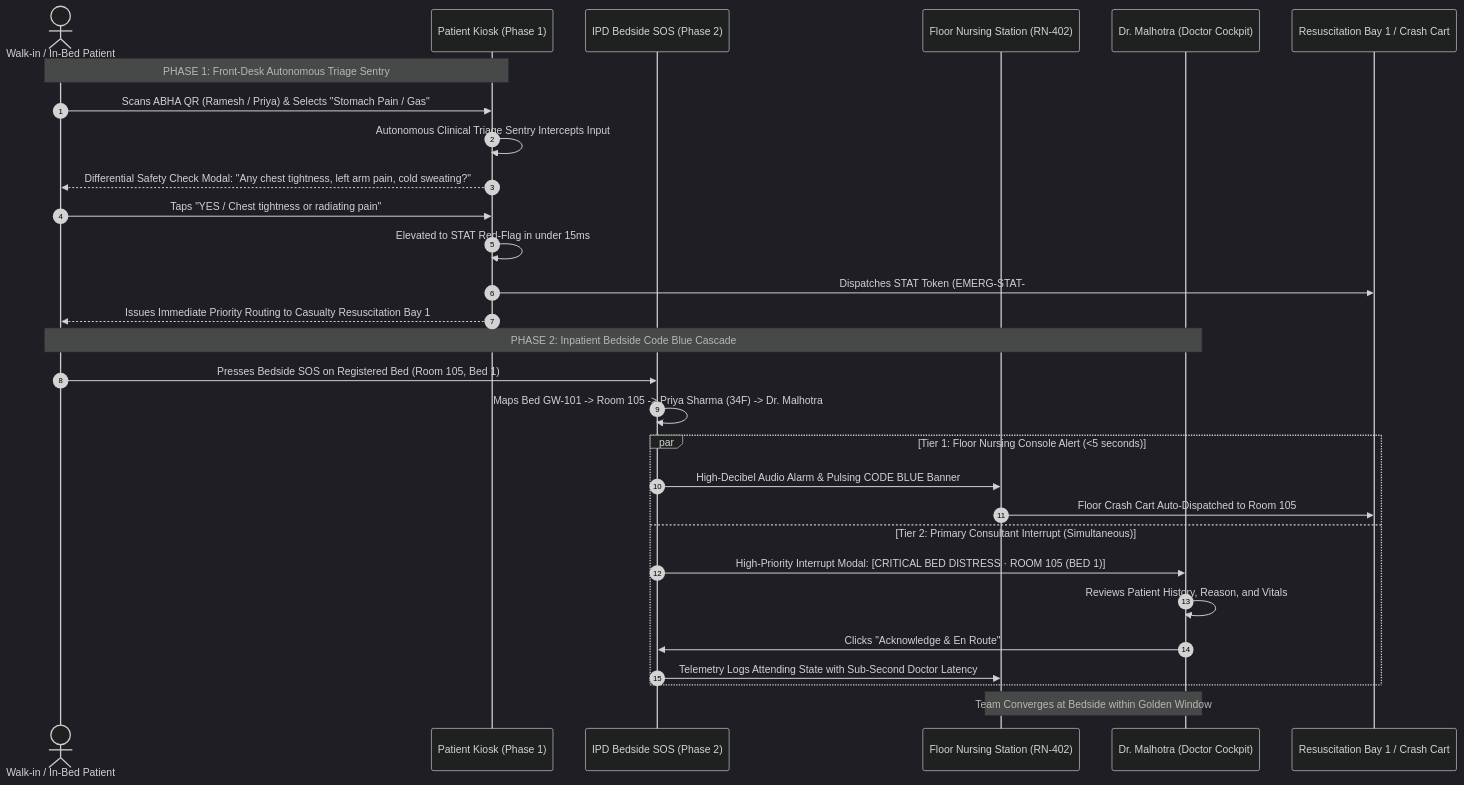
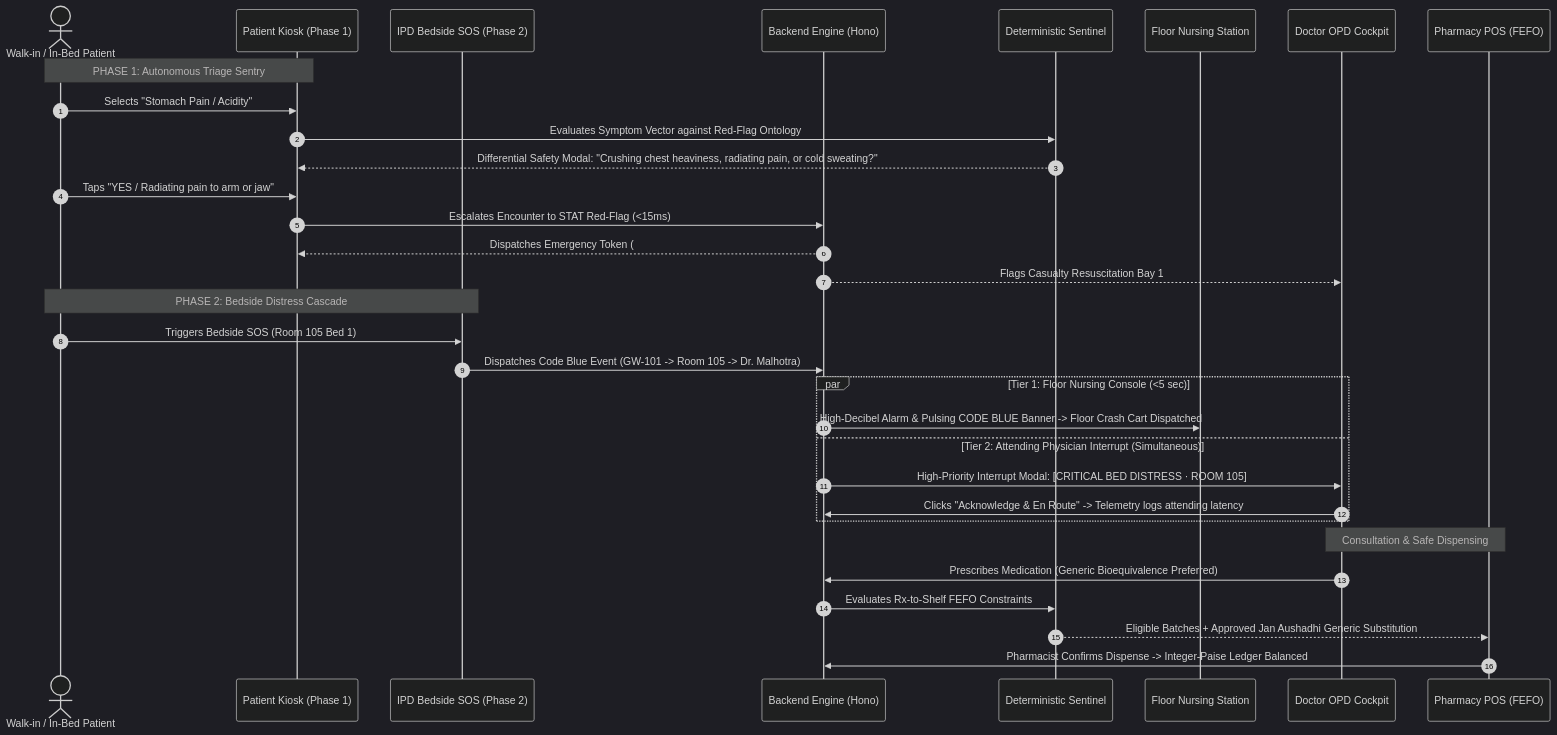
One commit to Divyanshgupta2580/JEEVIKA changed the second of 3 diagrams in README.md. Above: the diagram before and after it, drawn with Mermaid (dark theme). The commit also changed other lines of this file, not shown here.

Commit message:
docs: restructure README following hackshift-sudarshan standard with complete JEEVIKA clinical feature map

````diff
--- a/README.md
+++ b/README.md
@@ -92,33 +285,37 @@
 ```mermaid
 sequenceDiagram
-    autonumber
-    actor Patient as Walk-in / In-Bed Patient
-    participant Kiosk as Patient Kiosk (Phase 1)
-    participant IPD as IPD Bedside SOS (Phase 2)
-    participant Nurse as Floor Nursing Station (RN-402)
-    participant Doctor as Dr. Malhotra (Doctor Cockpit)
-    participant Bay as Resuscitation Bay 1 / Crash Cart
+  autonumber
+  actor Patient as Walk-in / In-Bed Patient
+  participant K as Patient Kiosk (Phase 1)
+  participant IPD as IPD Bedside SOS (Phase 2)
+  participant W as Backend Engine (Hono)
+  participant E as Deterministic Sentinel
+  participant N as Floor Nursing Station
+  participant D as Doctor OPD Cockpit
+  participant P as Pharmacy POS (FEFO)
 
-    Note over Patient,Kiosk: PHASE 1: Front-Desk Autonomous Triage Sentry
-    Patient->>Kiosk: Scans ABHA QR (Ramesh / Priya) & Selects "Stomach Pain / Gas"
-    Kiosk->>Kiosk: Autonomous Clinical Triage Sentry Intercepts Input
-    Kiosk-->>Patient: Differential Safety Check Modal: "Any chest tightness, left arm pain, cold sweating?"
-    Patient->>Kiosk: Taps "YES / Chest tightness or radiating pain"
-    Kiosk->>Kiosk: Elevated to STAT Red-Flag in under 15ms
-    Kiosk->>Bay: Dispatches STAT Token (EMERG-STAT-#XXX) & Auto-Alerts ER Team
-    Kiosk-->>Patient: Issues Immediate Priority Routing to Casualty Resuscitation Bay 1
+  Note over Patient,K: PHASE 1: Autonomous Triage Sentry
+  Patient->>K: Selects "Stomach Pain / Acidity"
+  K->>E: Evaluates Symptom Vector against Red-Flag Ontology
+  E-->>K: Differential Safety Modal: "Crushing chest heaviness, radiating pain, or cold sweating?"
+  Patient->>K: Taps "YES / Radiating pain to arm or jaw"
+  K->>W: Escalates Encounter to STAT Red-Flag (<15ms)
+  W-->>K: Dispatches Emergency Token (#EMERG-STAT)
+  W-->>D: Flags Casualty Resuscitation Bay 1
 
-    Note over Patient,Doctor: PHASE 2: Inpatient Bedside Code Blue Cascade
-    Patient->>IPD: Presses Bedside SOS on Registered Bed (Room 105, Bed 1)
-    IPD->>IPD: Maps Bed GW-101 -> Room 105 -> Priya Sharma (34F) -> Dr. Malhotra
-    par Tier 1: Floor Nursing Console Alert (<5 seconds)
-        IPD->>Nurse: High-Decibel Audio Alarm & Pulsing CODE BLUE Banner
-        Nurse->>Bay: Floor Crash Cart Auto-Dispatched to Room 105
-    and Tier 2: Primary Consultant Interrupt (Simultaneous)
-        IPD->>Doctor: High-Priority Interrupt Modal: [CRITICAL BED DISTRESS · ROOM 105 (BED 1)]
-        Doctor->>Doctor: Reviews Patient History, Reason, and Vitals
-        Doctor->>IPD: Clicks "Acknowledge & En Route"
-        IPD->>Nurse: Telemetry Logs Attending State with Sub-Second Doctor Latency
-    end
-    Note over Nurse,Doctor: Team Converges at Bedside within Golden Window
+  Note over Patient,IPD: PHASE 2: Bedside Distress Cascade
+  Patient->>IPD: Triggers Bedside SOS (Room 105 Bed 1)
+  IPD->>W: Dispatches Code Blue Event (GW-101 -> Room 105 -> Dr. Malhotra)
+  par Tier 1: Floor Nursing Console (<5 sec)
+    W->>N: High-Decibel Alarm & Pulsing CODE BLUE Banner -> Floor Crash Cart Dispatched
+  and Tier 2: Attending Physician Interrupt (Simultaneous)
+    W->>D: High-Priority Interrupt Modal: [CRITICAL BED DISTRESS · ROOM 105]
+    D->>W: Clicks "Acknowledge & En Route" -> Telemetry logs attending latency
+  end
+
+  Note over D,P: Consultation & Safe Dispensing
+  D->>W: Prescribes Medication (Generic Bioequivalence Preferred)
+  W->>E: Evaluates Rx-to-Shelf FEFO Constraints
+  E-->>P: Eligible Batches + Approved Jan Aushadhi Generic Substitution
+  P->>W: Pharmacist Confirms Dispense -> Integer-Paise Ledger Balanced
 ```
````
